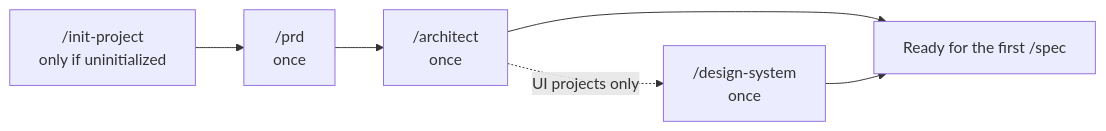
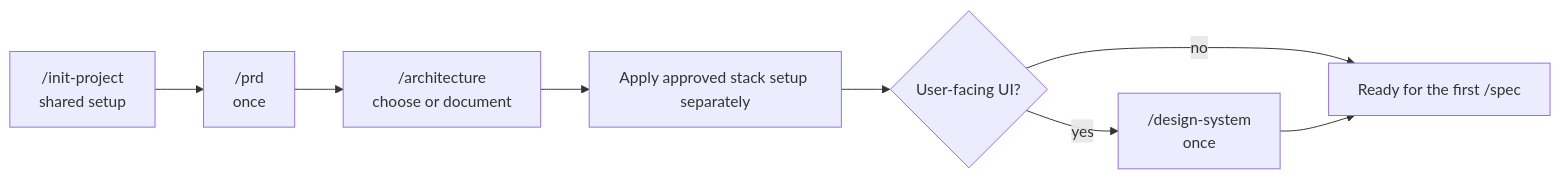
One commit to the-blue-coder/agentic-starter changed the second of 3 diagrams in README.md. Above: the diagram before and after it, drawn with Mermaid. The commit also changed other lines of this file and 33 other files, not shown here.

````diff
--- a/README.md
+++ b/README.md
@@ -65,8 +67,10 @@
 ```mermaid
 flowchart LR
-  init["/init-project<br/>only if uninitialized"] --> prd["/prd<br/>once"]
-  prd --> architect["/architect<br/>once"]
-  architect --> firstSpec["Ready for the first /spec"]
-  architect -. "UI projects only" .-> design["/design-system<br/>once"]
+  init["/init-project<br/>shared setup"] --> prd["/prd<br/>once"]
+  prd --> architecture["/architecture<br/>choose or document"]
+  architecture --> setup["Apply approved stack setup separately"]
+  setup --> ui{"User-facing UI?"}
+  ui -- no --> firstSpec["Ready for the first /spec"]
+  ui -- yes --> design["/design-system<br/>once"]
   design --> firstSpec
 ```
````
